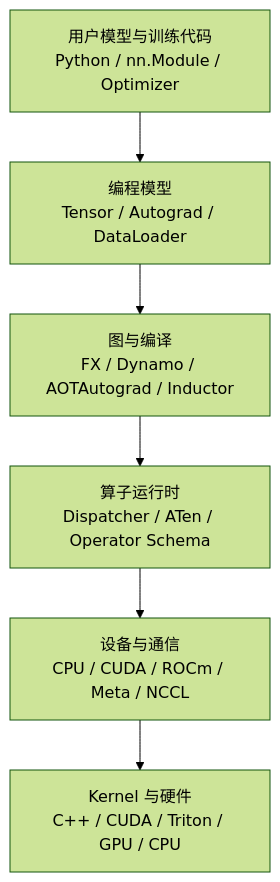
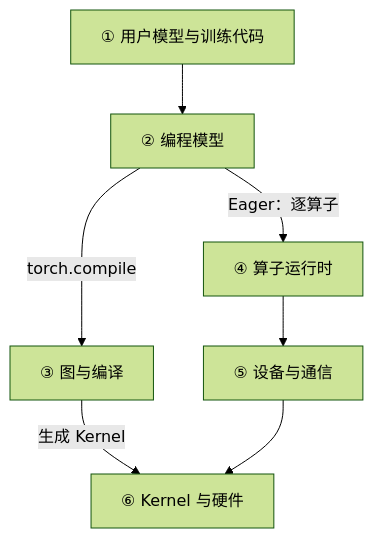
One commit to arganzheng/arganzheng.github.com changed the first of 3 diagrams in _posts/2026-04-02-pytorch-overall-introduction.md. Above: the diagram before and after it, drawn with Mermaid (forest theme). The commit also changed other lines of this file and 3 other files, not shown here.

First line of the commit message:
PyTorch 系列：第 1 篇补源码视角地图，命名 c10 层

````diff
--- a/_posts/2026-04-02-pytorch-overall-introduction.md
+++ b/_posts/2026-04-02-pytorch-overall-introduction.md
@@ -328,11 +328,15 @@
 ```mermaid
 flowchart TB
-    A[用户模型与训练代码<br/>Python / nn.Module / Optimizer]
-    B[编程模型<br/>Tensor / Autograd / DataLoader]
-    C[图与编译<br/>FX / Dynamo / AOTAutograd / Inductor]
-    D[算子运行时<br/>Dispatcher / ATen / Operator Schema]
-    E[设备与通信<br/>CPU / CUDA / ROCm / Meta / NCCL]
-    F[Kernel 与硬件<br/>C++ / CUDA / Triton / GPU / CPU]
+    A[① 用户模型与训练代码]
+    B[② 编程模型]
+    C[③ 图与编译]
+    D[④ 算子运行时]
+    E[⑤ 设备与通信]
+    F[⑥ Kernel 与硬件]
 
-    A --> B --> C --> D --> E --> F
+    A --> B
+    B -- "Eager：逐算子" --> D
+    B -- "torch.compile" --> C
+    C -- "生成 Kernel" --> F
+    D --> E --> F
 ```
````
